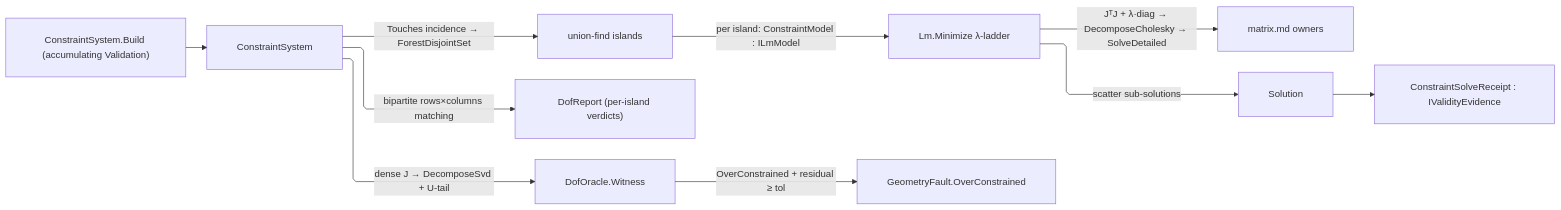
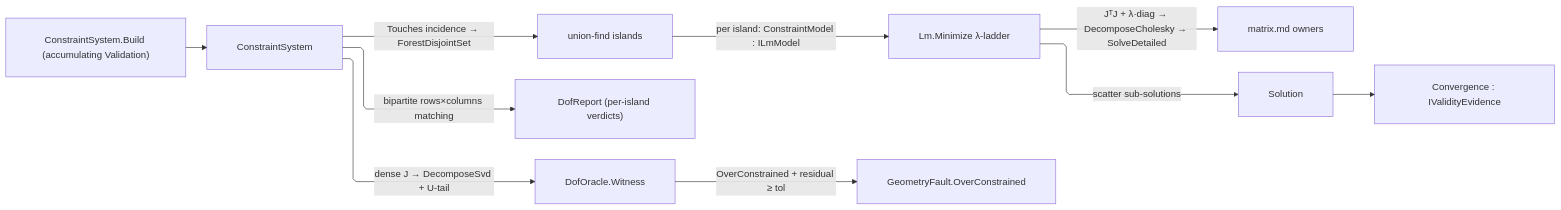
The diagram in libs/dotnet/Rasm/.planning/Solving/solver.md (bsamiee/Rasm), drawn with Mermaid before and after one commit. The commit also changed other lines of this file and 1417 other files, not shown here.

````diff
--- a/libs/dotnet/Rasm/.planning/Solving/solver.md
+++ b/libs/dotnet/Rasm/.planning/Solving/solver.md
@@ -1192,21 +1192,21 @@
 ```mermaid
 ---
 config:
   layout: elk
   flowchart:
     curve: linear
     padding: 25
 ---
 flowchart LR
     accTitle: Constraint solver dispatch
     accDescr: Constraint systems decompose into islands, route through the shared LM functor, and return typed evidence.
     Build["ConstraintSystem.Build (accumulating Validation)"] --> System[ConstraintSystem]
     System -->|"Touches incidence → ForestDisjointSet"| Islands["union-find islands"]
     System -->|"bipartite rows×columns matching"| DofReport["DofReport (per-island verdicts)"]
     System -->|"dense J → DecomposeSvd + U-tail"| Witness["DofOracle.Witness"]
     Islands -->|"per island: ConstraintModel : ILmModel"| Lm["Lm.Minimize λ-ladder"]
     Lm -->|"JᵀJ + λ·diag → DecomposeCholesky → SolveDetailed"| Matrix["matrix.md owners"]
     Lm -->|"scatter sub-solutions"| Solution
     Witness -->|"OverConstrained + residual ≥ tol"| Fault["GeometryFault.OverConstrained"]
-    Solution --> Receipt["ConstraintSolveReceipt : IValidityEvidence"]
+    Solution --> Convergence["Convergence : IValidityEvidence"]
 ```
````
